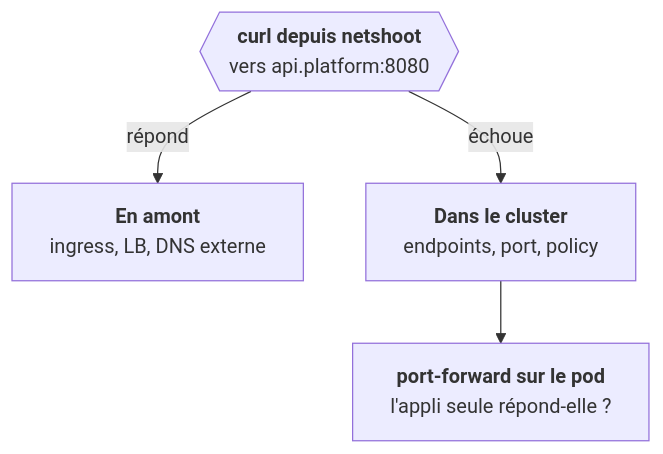
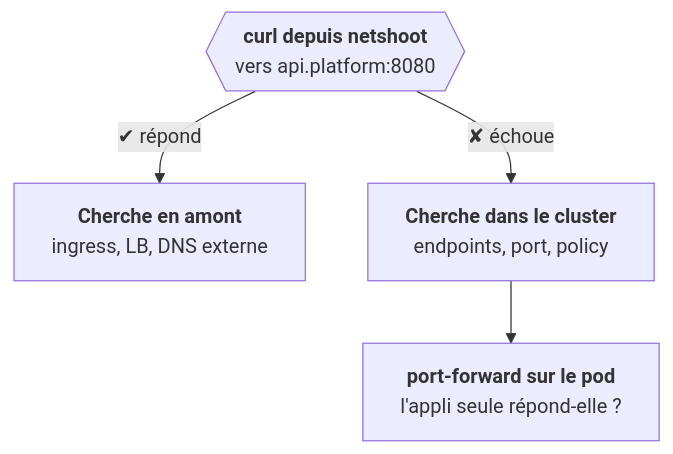
The first of 2 diagrams in src/content/lecons/04-reseau/10-diagnostic-codes.mdx (valhugnat1/cours-kube), drawn with Mermaid before and after one commit. The commit also changed other lines of this file and 22 other files, not shown here.

````diff
--- a/src/content/lecons/04-reseau/10-diagnostic-codes.mdx
+++ b/src/content/lecons/04-reseau/10-diagnostic-codes.mdx
@@ -60,11 +58,11 @@
 ```mermaid
 flowchart TD
   %% scene: Depuis l'intérieur :: Un `curl` depuis netshoot vers le Service coupe la chaîne en deux. :: T
   %% scene: Ça marche :: Service et pod répondent : cherche en amont, ingress, LoadBalancer ou DNS externe. :: T>UP, UP
   %% scene: Ça échoue :: Le problème est dans le cluster : endpoints, port, ou NetworkPolicy. :: !T>IN, !IN
   %% scene: L'appli seule :: Le `port-forward` court-circuite le réseau du cluster. S'il répond, l'application est saine. :: IN>PF, PF
-  T{{"<b>curl depuis netshoot</b><br/>vers api.platform:8080"}}
-  T -->|"répond"| UP["<b>En amont</b><br/>ingress, LB, DNS externe"]
-  T -->|"échoue"| IN["<b>Dans le cluster</b><br/>endpoints, port, policy"]
-  IN --> PF["<b>port-forward sur le pod</b><br/>l'appli seule répond-elle ?"]
+  T{{"<b>curl depuis netshoot</b><br/>vers api.platform:8080"}}:::moteur
+  T -->|"✔ répond"| UP["<b>Cherche en amont</b><br/>ingress, LB, DNS externe"]:::ext
+  T -->|"✘ échoue"| IN["<b>Cherche dans le cluster</b><br/>endpoints, port, policy"]:::ko
+  IN --> PF["<b>port-forward sur le pod</b><br/>l'appli seule répond-elle ?"]:::moteur
 ```
````
